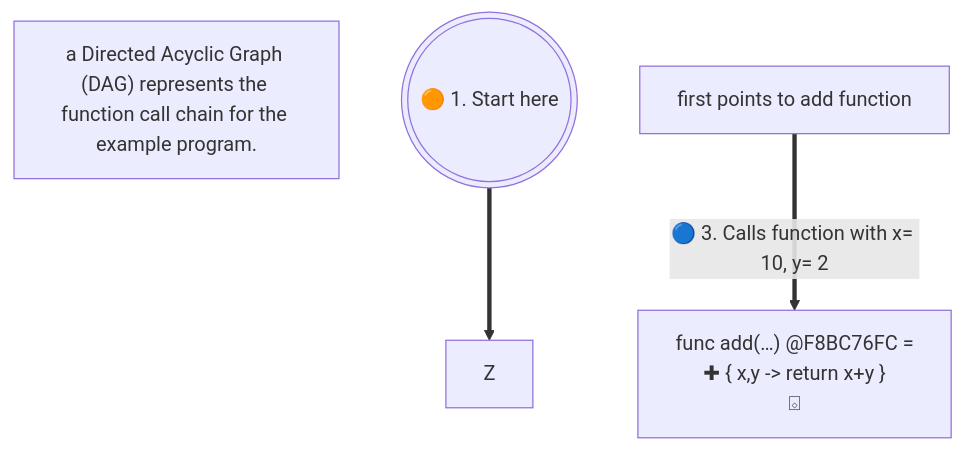
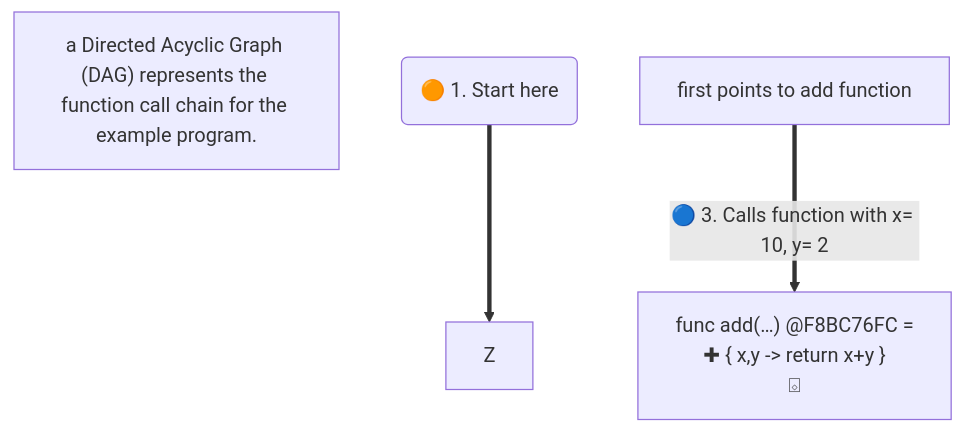
One commit to realityexpander/How_to_program_from_ground_up changed the first of 2 diagrams in 10-FunctionalProgramming.md. Above: the diagram before and after it, drawn with Mermaid.

Commit message:
improve diagram

````diff
--- a/10-FunctionalProgramming.md
+++ b/10-FunctionalProgramming.md
@@ -50,11 +50,11 @@
 ```mermaid
 flowchart TB
 
     note["`a Directed Acyclic Graph (DAG) represents the function call chain for the example program.`"]
 
-    start((("🟠 1. Start here"))) ==> Z
+    start("🟠 1. Start here") ==> Z
 
-    X[" first points to add function "] ==>|🔵 3. Calls function with x= 10, y= 2| addFn[" func add(…) @F8BC76FC =
+    X["first points to add function "] ==>|🔵 3. Calls function with x= 10, y= 2| addFn[" func add(…) @F8BC76FC =
                ✚ { x,y -> return x+y }
         ⌺"]
 ```
````
